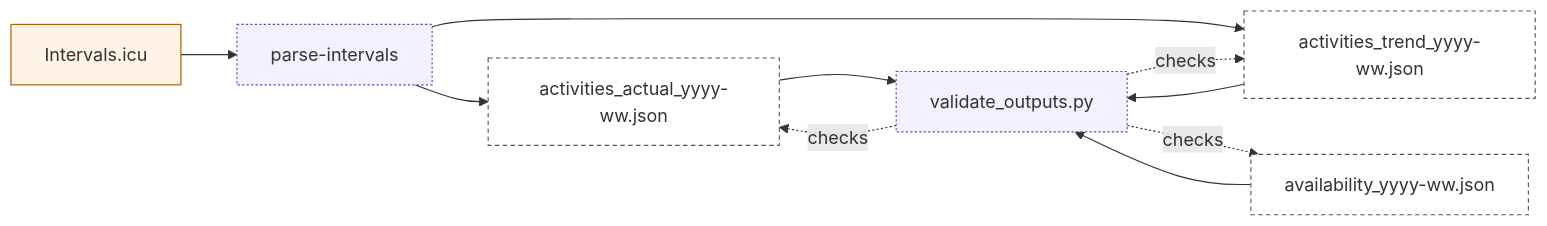
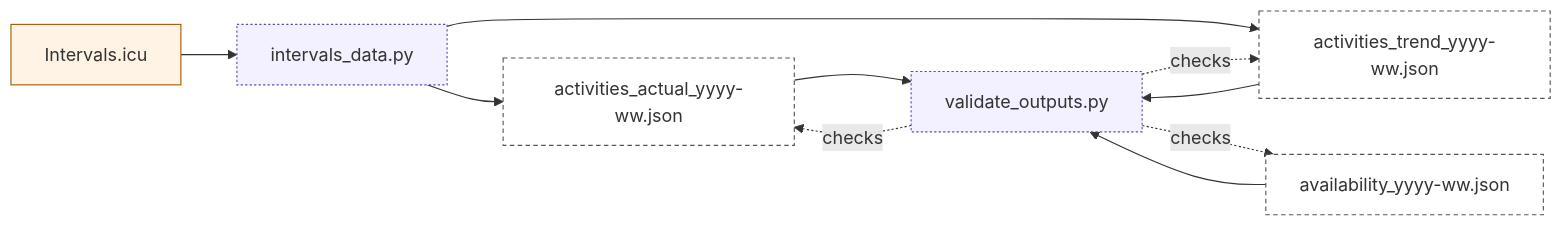
One commit to albauer-priv/RPS changed the seventh of 8 diagrams in doc/overview/artefact_flow.md. Above: the diagram before and after it, drawn with Mermaid. The commit also changed other lines of this file and 13 other files, not shown here.

````diff
--- a/doc/overview/artefact_flow.md
+++ b/doc/overview/artefact_flow.md
@@ -346,16 +346,16 @@
 ```mermaid
 flowchart LR
-  I[Intervals.icu]:::external --> EXP[parse-intervals]:::script
+  I[Intervals.icu]:::external --> EXP["intervals_data.py"]:::script
   EXP --> AA[activities_actual_yyyy-ww.json]:::artefact
   EXP --> AT[activities_trend_yyyy-ww.json]:::artefact
   AVI[availability_yyyy-ww.json]:::artefact --> VAL
   AA --> VAL[validate_outputs.py]:::script
   AT --> VAL
   VAL -. checks .-> AA
   VAL -. checks .-> AT
   VAL -. checks .-> AVI
 
   classDef external fill:#fff3e6,stroke:#a35b00,stroke-width:1px;
   classDef artefact fill:#ffffff,stroke:#555,stroke-dasharray: 4 3,stroke-width:1px;
   classDef script fill:#f3f0ff,stroke:#5b4db8,stroke-width:1px,stroke-dasharray: 2 2;
 ```
````
